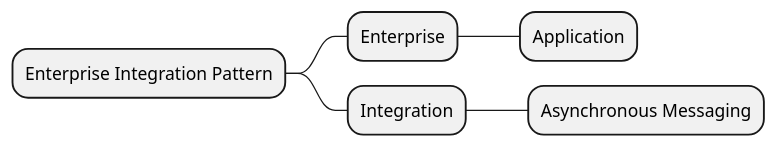
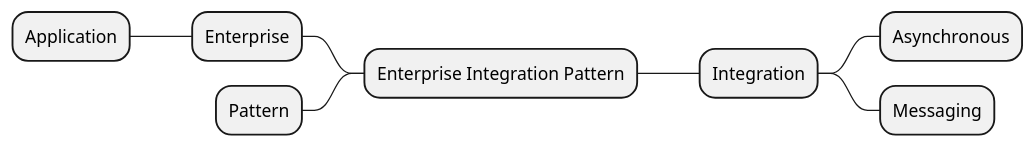
The diagram in _diary/2024-07-21.md (yanghoon/obsidian-workspace), drawn with PlantUML before and after one commit.

Commit message:
vault backup: 2024-07-21 19:59:18

````diff
--- a/_diary/2024-07-21.md
+++ b/_diary/2024-07-21.md
@@ -1,9 +1,12 @@
 ```plantuml
 @startmindmap
-* Enterprise Integration Pattern
-** Enterprise
-*** Application
-** Integration
-*** Asynchronous Messaging
++ Enterprise Integration Pattern
+
+-- Enterprise
+--- Application
+-- Pattern
+++ Integration
++++ Asynchronous
++++ Messaging
 @endmindmap
 ```
````
